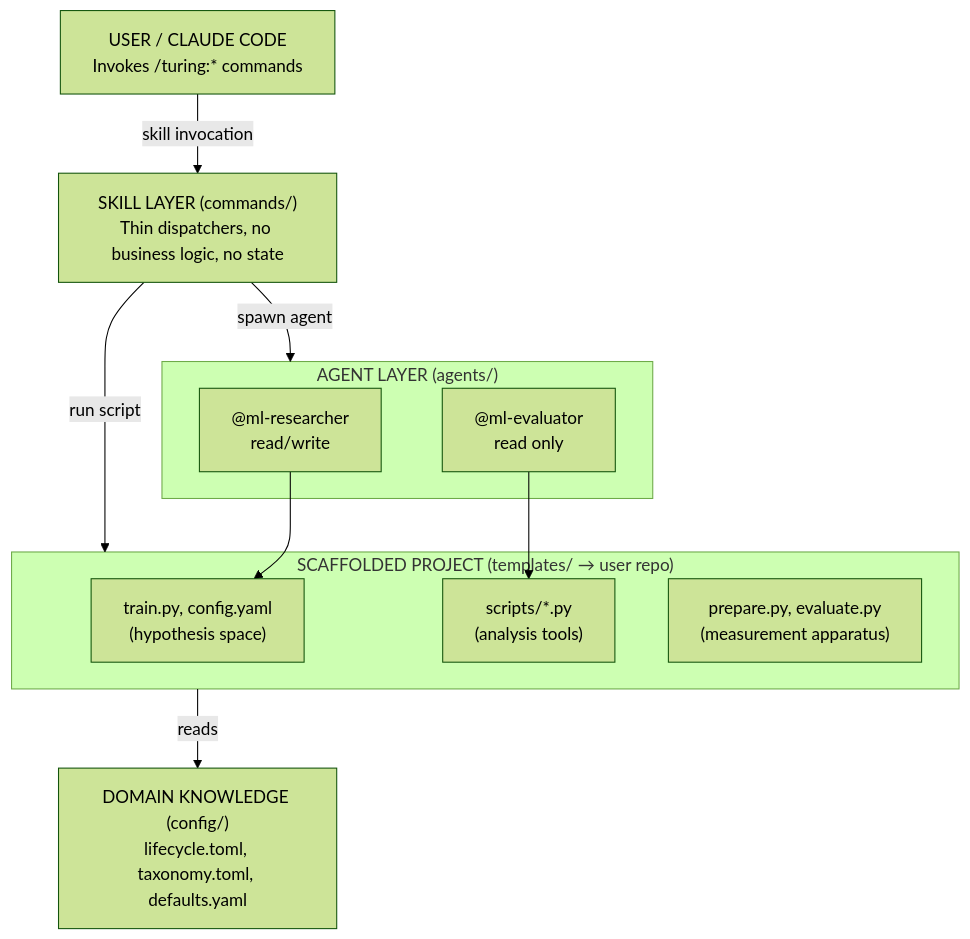
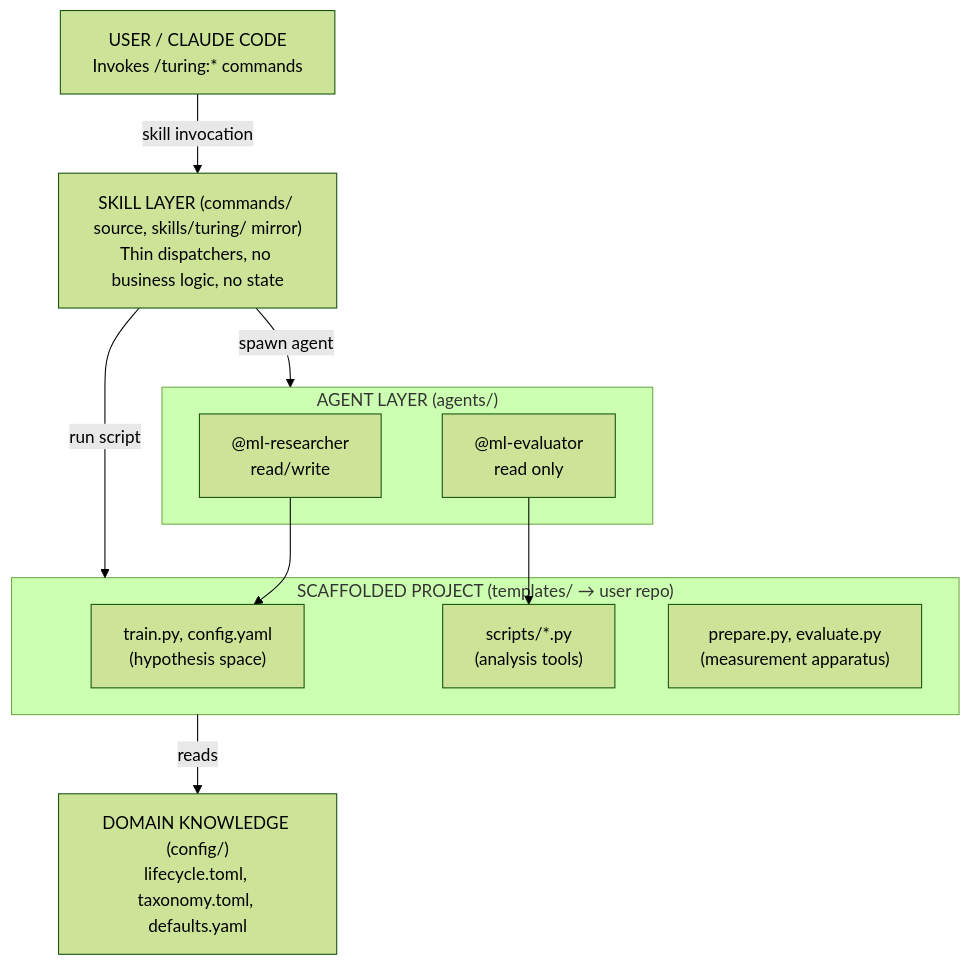
Before and after one commit to ThePyProgrammer/turing: the second of 2 diagrams in docs/architecture/index.md, drawn with Mermaid (forest theme). The commit also changed other lines of this file and 2 other files, not shown here.

First line of the commit message:
docs: document staged skills layout migration

````diff
--- a/docs/architecture/index.md
+++ b/docs/architecture/index.md
@@ -108,24 +115,24 @@
 ```mermaid
 flowchart TD
     USER["USER / CLAUDE CODE<br/>Invokes /turing:* commands"]
     USER -- "skill invocation" --> SKILL
 
-    SKILL["SKILL LAYER (commands/)<br/>Thin dispatchers, no business logic, no state"]
+    SKILL["SKILL LAYER (commands/ source, skills/turing/ mirror)<br/>Thin dispatchers, no business logic, no state"]
     SKILL -- "spawn agent" --> AGENT
     SKILL -- "run script" --> PROJECT
 
     subgraph AGENT["AGENT LAYER (agents/)"]
         RES["@ml-researcher<br/>read/write"]
         EVAL["@ml-evaluator<br/>read only"]
     end
 
     subgraph PROJECT["SCAFFOLDED PROJECT (templates/ → user repo)"]
         HYPO["train.py, config.yaml<br/>(hypothesis space)"]
         SCRIPTS["scripts/*.py<br/>(analysis tools)"]
         APPARATUS["prepare.py, evaluate.py<br/>(measurement apparatus)"]
     end
 
     RES --> HYPO
     EVAL --> SCRIPTS
     PROJECT -- "reads" --> CONFIG["DOMAIN KNOWLEDGE (config/)<br/>lifecycle.toml, taxonomy.toml, defaults.yaml"]
 ```
````
